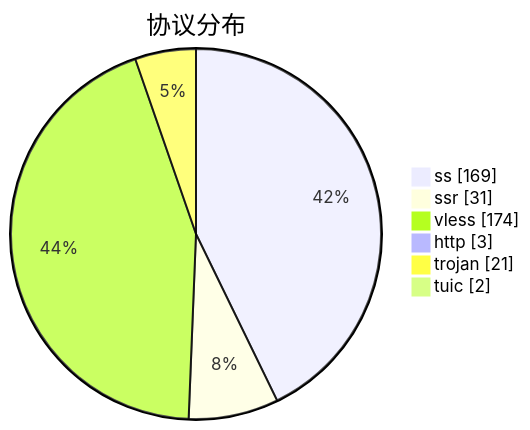
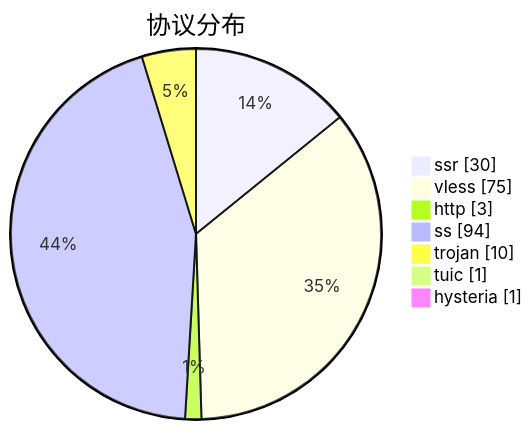
One commit to qjlxg/airport changed the third of 3 diagrams in subs/statistics/tested_within.md. Above: the diagram before and after it, drawn with Mermaid. The commit also changed other lines of this file and 2 other files, not shown here.

````diff
--- a/subs/statistics/tested_within.md
+++ b/subs/statistics/tested_within.md
@@ -35,10 +31,11 @@
 ```mermaid
 pie showData
 title 协议分布
-"ss" : 169
-"ssr" : 31
-"vless" : 174
+"ssr" : 30
+"vless" : 75
 "http" : 3
-"trojan" : 21
-"tuic" : 2
+"ss" : 94
+"trojan" : 10
+"tuic" : 1
+"hysteria" : 1
 ```
````
